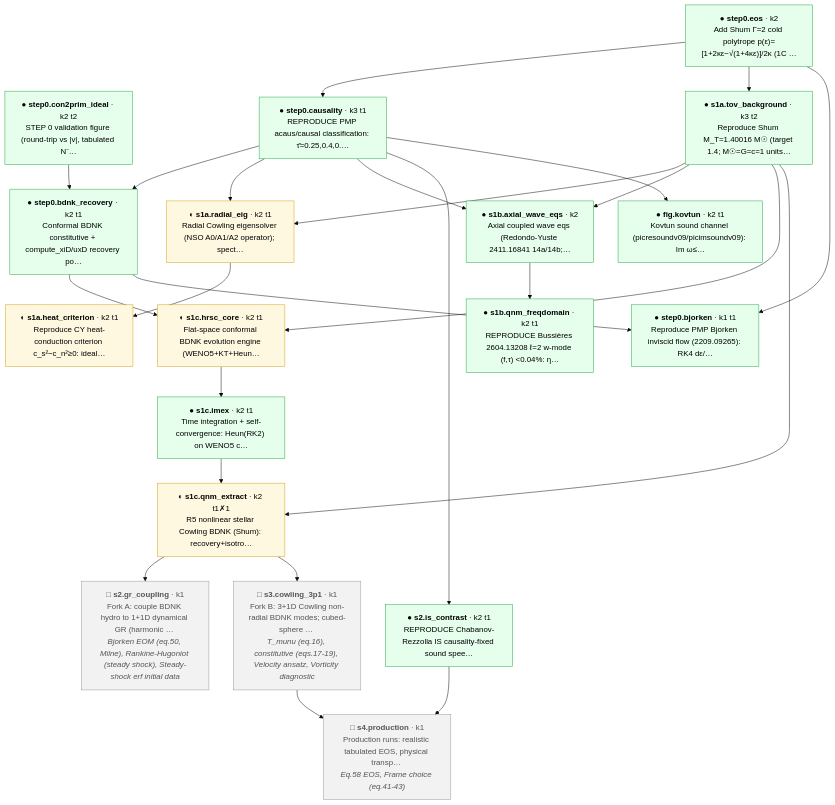
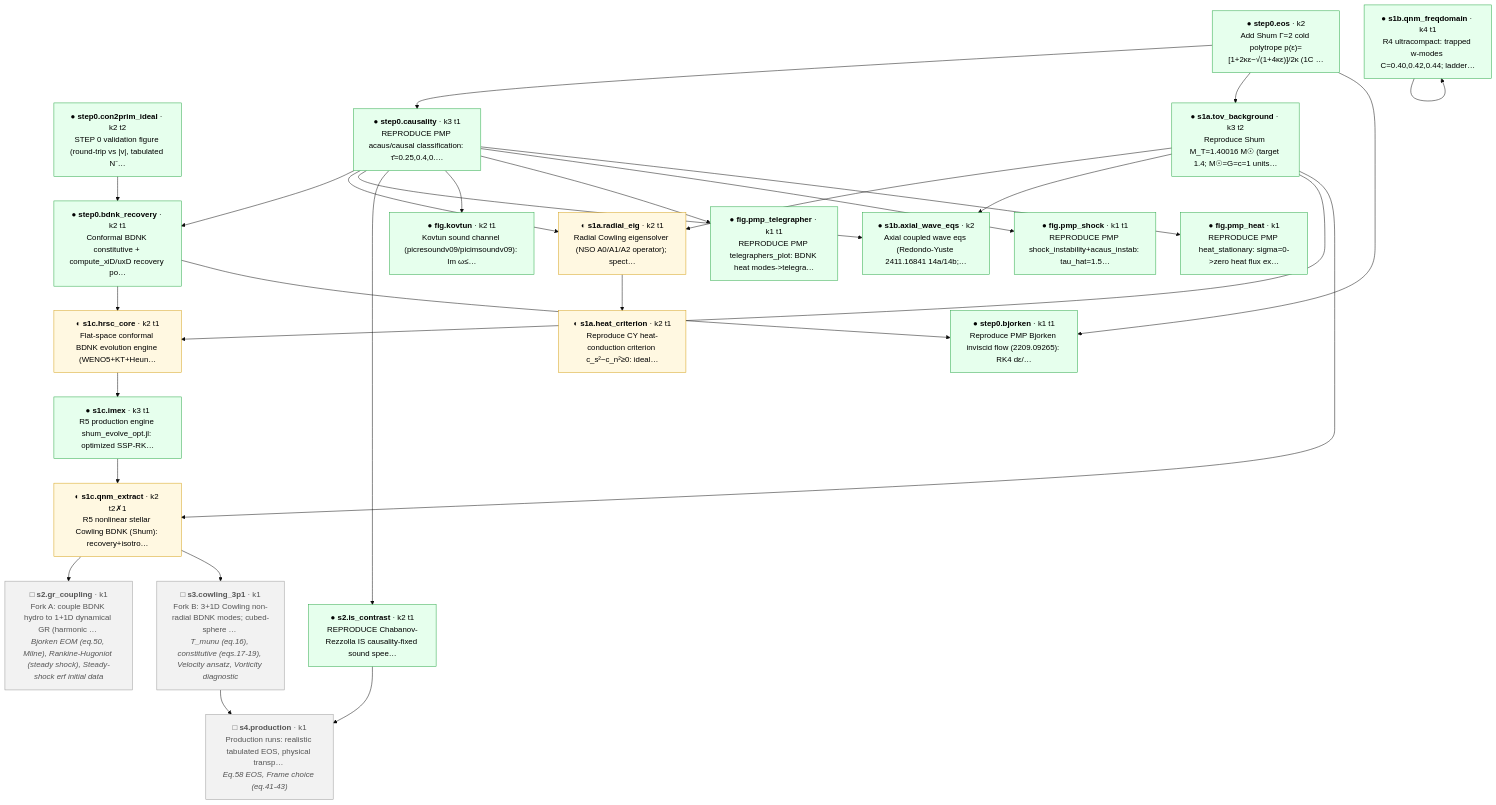
Before and after one commit to FoAKTEE/BDNK: the diagram in progress/dag/project_dag.md, drawn with Mermaid (base theme). The commit also changed other lines of this file and 4 other files, not shown here.

First line of the commit message:
infra(ledger): finalize round-2 — R5 QNM solid + PMP 3/3 + R4 ultracompact (iter 13)

````diff
--- a/progress/dag/project_dag.md
+++ b/progress/dag/project_dag.md
@@ -5,50 +5,56 @@
 ```mermaid
 flowchart TD
   n_step0_eos["● <b>step0.eos</b> · k2<br/>Add Shum Γ=2 cold polytrope p(ε)=[1+2κε−√(1+4κε)]/2κ (1C …"]:::solid
   n_step0_con2prim_ideal["● <b>step0.con2prim_ideal</b> · k2 t2<br/>STEP 0 validation figure (round-trip vs |v|, tabulated N⁻…"]:::solid
   n_step0_causality["● <b>step0.causality</b> · k3 t1<br/>REPRODUCE PMP acaus/causal classification: τ̂=0.25,0.4,0.…"]:::solid
   n_step0_bdnk_recovery["● <b>step0.bdnk_recovery</b> · k2 t1<br/>Conformal BDNK constitutive + compute_xiD/uxD recovery po…"]:::solid
   n_s1a_tov_background["● <b>s1a.tov_background</b> · k3 t2<br/>Reproduce Shum M_T=1.40016 M☉ (target 1.4; M☉=G=c=1 units…"]:::solid
   n_s1a_radial_eig["◐ <b>s1a.radial_eig</b> · k2 t1<br/>Radial Cowling eigensolver (NSO A0/A1/A2 operator); spect…"]:::preliminary
   n_s1a_heat_criterion["◐ <b>s1a.heat_criterion</b> · k2 t1<br/>Reproduce CY heat-conduction criterion c_s²−c_n²≥0: ideal…"]:::preliminary
   n_s1b_axial_wave_eqs["● <b>s1b.axial_wave_eqs</b> · k2<br/>Axial coupled wave eqs (Redondo-Yuste 2411.16841 14a/14b;…"]:::solid
-  n_s1b_qnm_freqdomain["● <b>s1b.qnm_freqdomain</b> · k2 t1<br/>REPRODUCE Bussières 2604.13208 ℓ=2 w-mode (f,τ) <0.04%: η…"]:::solid
+  n_s1b_qnm_freqdomain["● <b>s1b.qnm_freqdomain</b> · k4 t1<br/>R4 ultracompact: trapped w-modes C=0.40,0.42,0.44; ladder…"]:::solid
   n_s1c_hrsc_core["◐ <b>s1c.hrsc_core</b> · k2 t1<br/>Flat-space conformal BDNK evolution engine (WENO5+KT+Heun…"]:::preliminary
-  n_s1c_imex["● <b>s1c.imex</b> · k2 t1<br/>Time integration + self-convergence: Heun(RK2) on WENO5 c…"]:::solid
-  n_s1c_qnm_extract["◐ <b>s1c.qnm_extract</b> · k2 t1✗1<br/>R5 nonlinear stellar Cowling BDNK (Shum): recovery+isotro…"]:::preliminary
+  n_s1c_imex["● <b>s1c.imex</b> · k3 t1<br/>R5 production engine shum_evolve_opt.jl: optimized SSP-RK…"]:::solid
+  n_s1c_qnm_extract["◐ <b>s1c.qnm_extract</b> · k2 t2✗1<br/>R5 nonlinear stellar Cowling BDNK (Shum): recovery+isotro…"]:::preliminary
   n_s2_gr_coupling["□ <b>s2.gr_coupling</b> · k1<br/>Fork A: couple BDNK hydro to 1+1D dynamical GR (harmonic … <br/><i>Bjorken EOM (eq.50, Milne), Rankine-Hugoniot (steady shock), Steady-shock erf initial data</i>"]:::future
   n_s2_is_contrast["● <b>s2.is_contrast</b> · k2 t1<br/>REPRODUCE Chabanov-Rezzolla IS causality-fixed sound spee…"]:::solid
   n_s3_cowling_3p1["□ <b>s3.cowling_3p1</b> · k1<br/>Fork B: 3+1D Cowling non-radial BDNK modes; cubed-sphere … <br/><i>T_munu (eq.16), constitutive (eqs.17-19), Velocity ansatz, Vorticity diagnostic</i>"]:::future
   n_s4_production["□ <b>s4.production</b> · k1<br/>Production runs: realistic tabulated EOS, physical transp… <br/><i>Eq.58 EOS, Frame choice (eq.41-43)</i>"]:::future
   n_step0_bjorken["● <b>step0.bjorken</b> · k1 t1<br/>Reproduce PMP Bjorken inviscid flow (2209.09265): RK4 dε/…"]:::solid
   n_fig_kovtun["● <b>fig.kovtun</b> · k2 t1<br/>Kovtun sound channel (picresoundv09/picimsoundv09): Im ω≤…"]:::solid
+  n_fig_pmp_telegrapher["● <b>fig.pmp_telegrapher</b> · k1 t1<br/>REPRODUCE PMP telegraphers_plot: BDNK heat modes->telegra…"]:::solid
+  n_fig_pmp_shock["● <b>fig.pmp_shock</b> · k1 t1<br/>REPRODUCE PMP shock_instability+acaus_instab: tau_hat=1.5…"]:::solid
+  n_fig_pmp_heat["● <b>fig.pmp_heat</b> · k1<br/>REPRODUCE PMP heat_stationary: sigma=0->zero heat flux ex…"]:::solid
   n_step0_eos --> n_step0_causality
   n_step0_con2prim_ideal --> n_step0_bdnk_recovery
   n_step0_causality --> n_step0_bdnk_recovery
   n_step0_eos --> n_s1a_tov_background
   n_s1a_tov_background --> n_s1a_radial_eig
   n_step0_causality --> n_s1a_radial_eig
   n_s1a_radial_eig --> n_s1a_heat_criterion
   n_s1a_tov_background --> n_s1b_axial_wave_eqs
   n_step0_causality --> n_s1b_axial_wave_eqs
-  n_s1b_axial_wave_eqs --> n_s1b_qnm_freqdomain
+  n_s1b_qnm_freqdomain --> n_s1b_qnm_freqdomain
   n_step0_bdnk_recovery --> n_s1c_hrsc_core
   n_s1a_tov_background --> n_s1c_hrsc_core
   n_s1c_hrsc_core --> n_s1c_imex
   n_s1c_imex --> n_s1c_qnm_extract
   n_s1a_tov_background --> n_s1c_qnm_extract
   n_s1c_qnm_extract --> n_s2_gr_coupling
   n_step0_causality --> n_s2_is_contrast
   n_s1c_qnm_extract --> n_s3_cowling_3p1
   n_s2_is_contrast --> n_s4_production
   n_s3_cowling_3p1 --> n_s4_production
   n_step0_eos --> n_step0_bjorken
   n_step0_bdnk_recovery --> n_step0_bjorken
   n_step0_causality --> n_fig_kovtun
+  n_step0_causality --> n_fig_pmp_telegrapher
+  n_step0_causality --> n_fig_pmp_shock
+  n_step0_causality --> n_fig_pmp_heat
   classDef solid fill:#e6ffed,stroke:#28a745,color:#000;
   classDef preliminary fill:#fff8e1,stroke:#d4a017,color:#000;
   classDef hypothesis fill:#e7f0ff,stroke:#4977c7,color:#000;
   classDef blocking fill:#ffe3e3,stroke:#d33,color:#000;
   classDef future fill:#f2f2f2,stroke:#999,color:#555;
   classDef amended fill:#f0f0f0,stroke:#aaa,color:#888;
 ```
````
